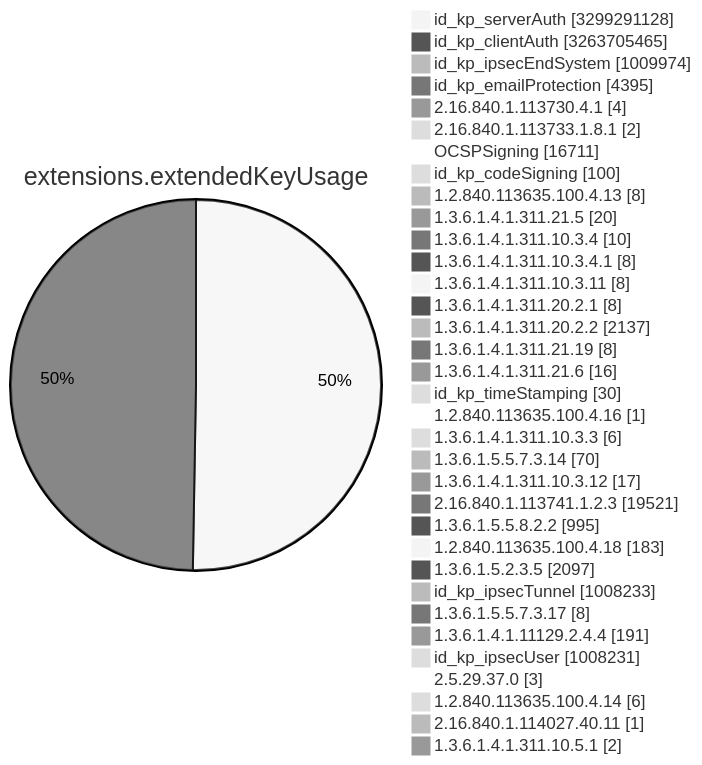
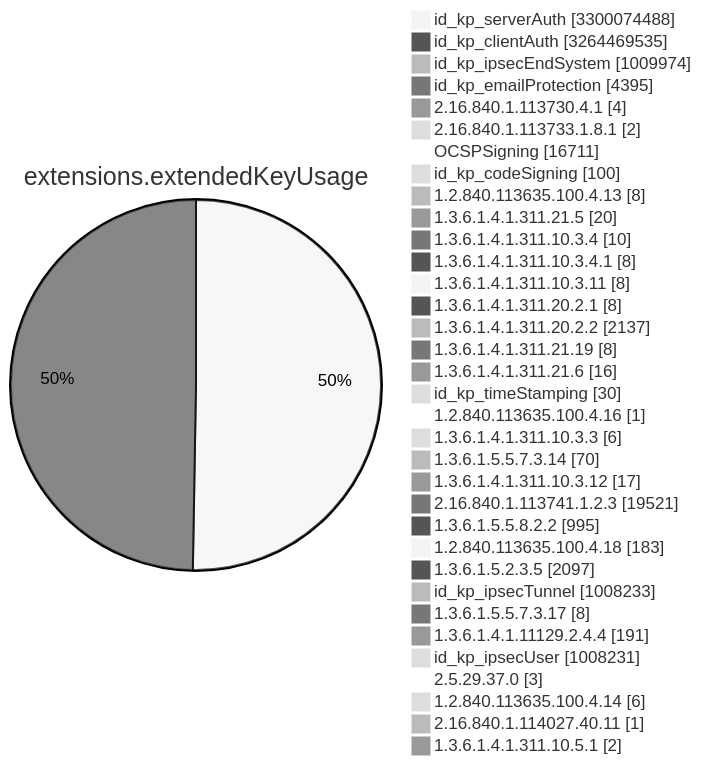
Diagram 11 of 15 in TOTAL/README.md (christiankrug/ctmonitor_visualization), drawn with Mermaid (neutral theme) before and after one commit. The commit also changed other lines of this file, not shown here.

````diff
--- a/TOTAL/README.md
+++ b/TOTAL/README.md
@@ -4120,38 +4120,38 @@
 ```mermaid
 pie showData
 title extensions.extendedKeyUsage
-"id_kp_serverAuth" :3299291128
-"id_kp_clientAuth" :3263705465
+"id_kp_serverAuth" :3300074488
+"id_kp_clientAuth" :3264469535
 "id_kp_ipsecEndSystem" :1009974
 "id_kp_emailProtection" :4395
 "2.16.840.1.113730.4.1" :4
 "2.16.840.1.113733.1.8.1" :2
 "OCSPSigning" :16711
 "id_kp_codeSigning" :100
 "1.2.840.113635.100.4.13" :8
 "1.3.6.1.4.1.311.21.5" :20
 "1.3.6.1.4.1.311.10.3.4" :10
 "1.3.6.1.4.1.311.10.3.4.1" :8
 "1.3.6.1.4.1.311.10.3.11" :8
 "1.3.6.1.4.1.311.20.2.1" :8
 "1.3.6.1.4.1.311.20.2.2" :2137
 "1.3.6.1.4.1.311.21.19" :8
 "1.3.6.1.4.1.311.21.6" :16
 "id_kp_timeStamping" :30
 "1.2.840.113635.100.4.16" :1
 "1.3.6.1.4.1.311.10.3.3" :6
 "1.3.6.1.5.5.7.3.14" :70
 "1.3.6.1.4.1.311.10.3.12" :17
 "2.16.840.1.113741.1.2.3" :19521
 "1.3.6.1.5.5.8.2.2" :995
 "1.2.840.113635.100.4.18" :183
 "1.3.6.1.5.2.3.5" :2097
 "id_kp_ipsecTunnel" :1008233
 "1.3.6.1.5.5.7.3.17" :8
 "1.3.6.1.4.1.11129.2.4.4" :191
 "id_kp_ipsecUser" :1008231
 "2.5.29.37.0" :3
 "1.2.840.113635.100.4.14" :6
 "2.16.840.1.114027.40.11" :1
 "1.3.6.1.4.1.311.10.5.1" :2
 ```
````
